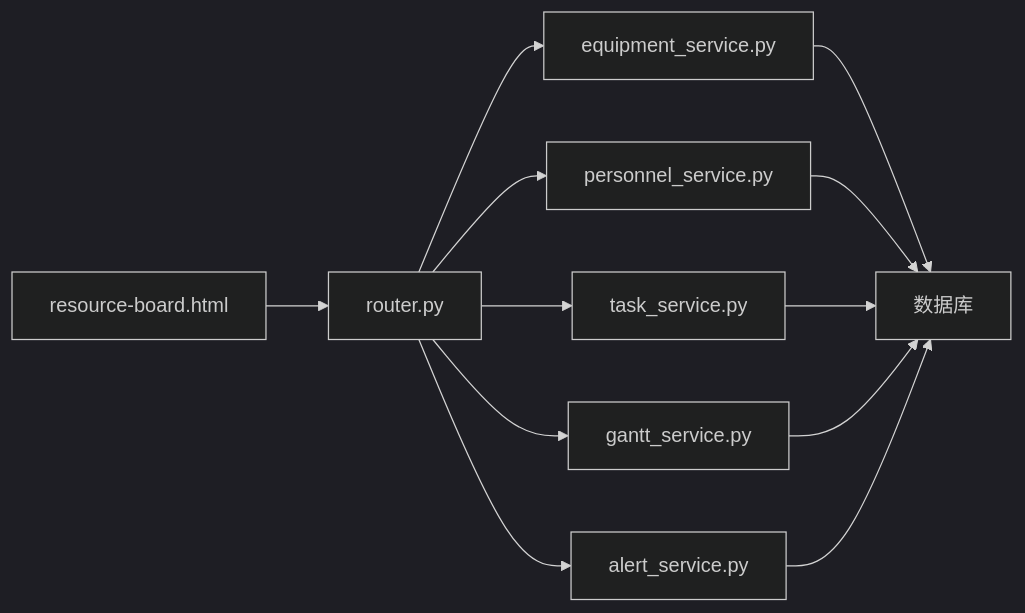
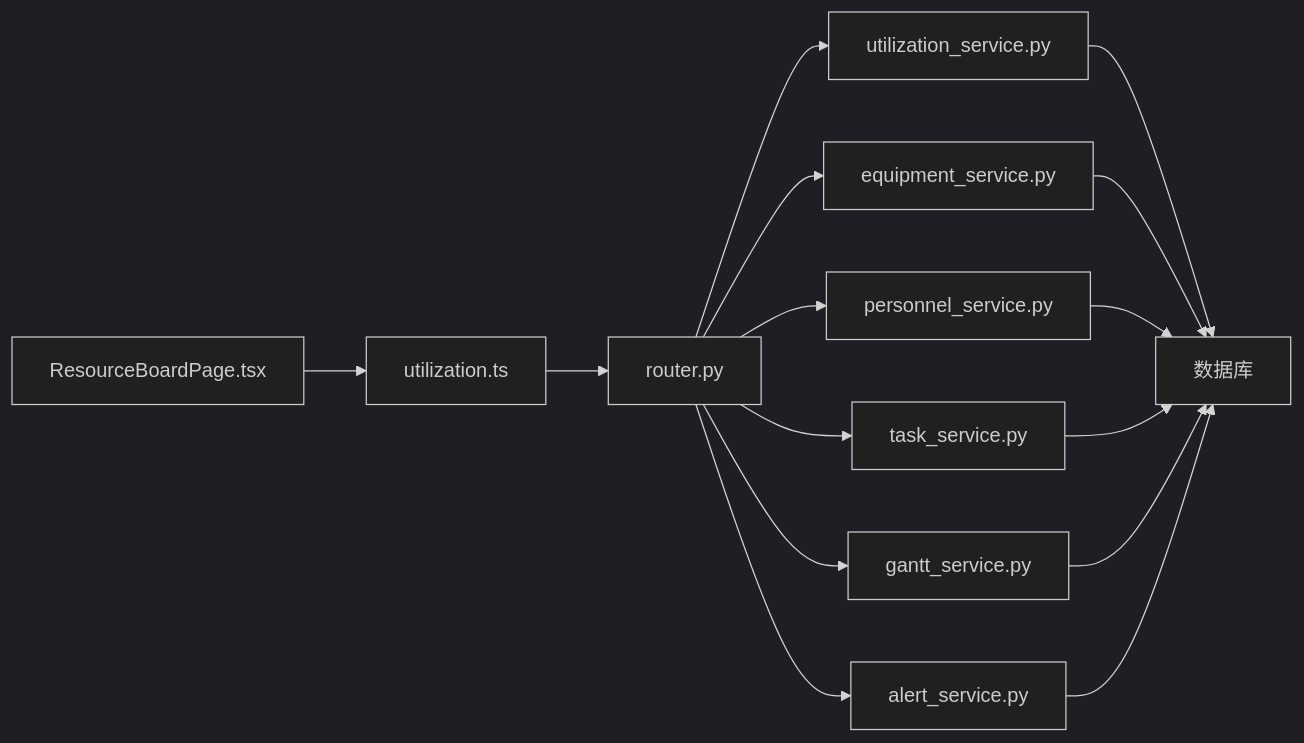
Before and after one commit to JiaStan/shizhi_system_df: the sixth of 6 diagrams in .qoder/repowiki/zh/content/前端界面/功能模块界面/资源占用看板.md, drawn with Mermaid (dark theme). The commit also changed other lines of this file and 53 other files, not shown here.

````diff
--- a/.qoder/repowiki/zh/content/前端界面/功能模块界面/资源占用看板.md
+++ b/.qoder/repowiki/zh/content/前端界面/功能模块界面/资源占用看板.md
@@ -311,14 +303,17 @@
 ```mermaid
 graph LR
-RT["router.py"] --> ES["equipment_service.py"]
+RBP["ResourceBoardPage.tsx"] --> API["utilization.ts"]
+API --> RT["router.py"]
+RT --> US["utilization_service.py"]
+RT --> ES["equipment_service.py"]
 RT --> PS["personnel_service.py"]
 RT --> TS["task_service.py"]
 RT --> GS["gantt_service.py"]
 RT --> AS["alert_service.py"]
-ES --> DB["数据库"]
+US --> DB["数据库"]
+ES --> DB
 PS --> DB
 TS --> DB
 GS --> DB
 AS --> DB
-FE["resource-board.html"] --> RT
 ```
````
